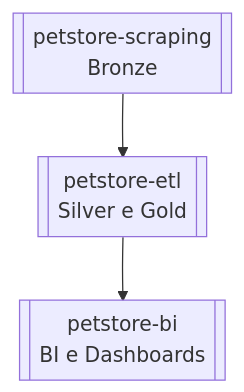
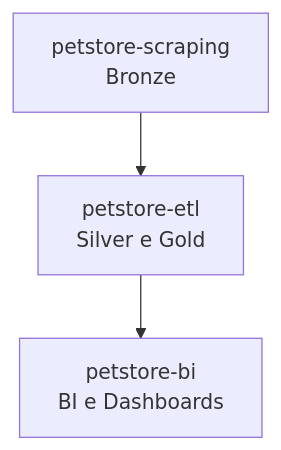
One commit to rafa-trindade/petstore-pipeline changed the diagram in README.md. Above: the diagram before and after it, drawn with Mermaid.

````diff
--- a/README.md
+++ b/README.md
@@ -21,5 +21,5 @@
 ```mermaid
 graph TD
-    A[[petstore-scraping<br>Bronze]] --> B[[petstore-etl<br>Silver e Gold]]
-    B --> C[[petstore-bi<br>BI e Dashboards]]
+    A[petstore-scraping<br>Bronze] --> B[petstore-etl<br>Silver e Gold]
+    B --> C[petstore-bi<br>BI e Dashboards]
 ```
````
